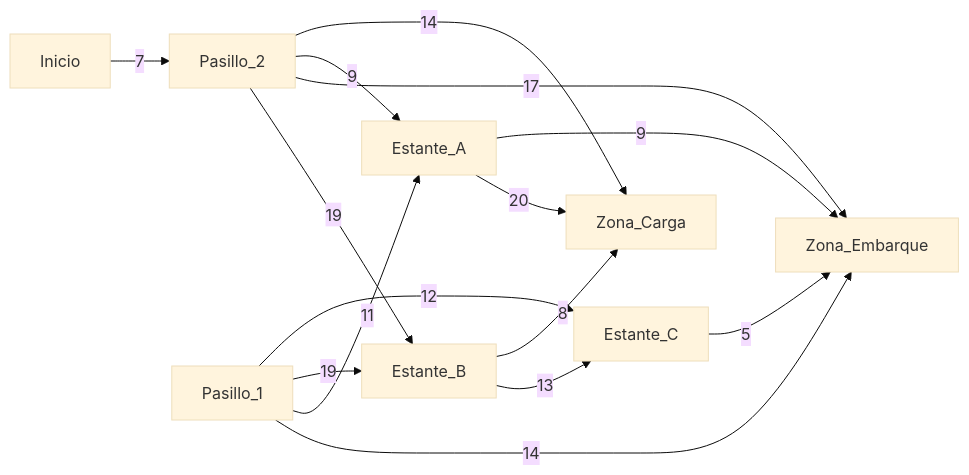
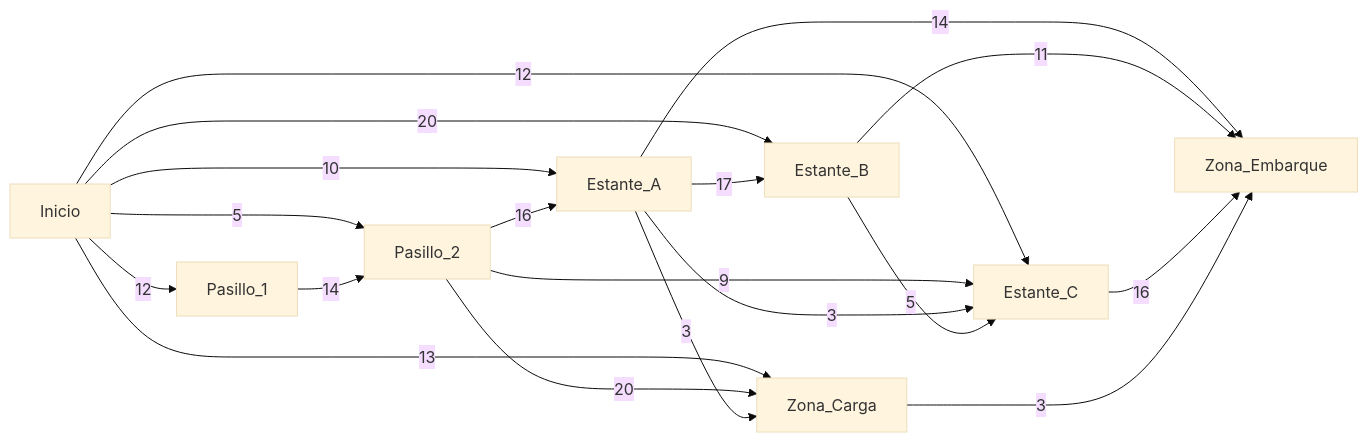
One commit to josemvelazquezf-N0v/-Learning-IA-Practices- changed the first of 2 diagrams in Practice #4/README.md. Above: the diagram before and after it, drawn with Mermaid (base theme). The commit also changed other lines of this file and 1 other file, not shown here.

Commit message:
Actualizado ./README.md

````diff
--- a/Practice #4/README.md
+++ b/Practice #4/README.md
@@ -4,17 +4,21 @@
 ```mermaid
 graph LR
-  Inicio -- 7 --> Pasillo_2
-  Pasillo_1 -- 14 --> Zona_Embarque
-  Pasillo_1 -- 11 --> Estante_A
-  Pasillo_1 -- 19 --> Estante_B
-  Pasillo_1 -- 12 --> Estante_C
-  Pasillo_2 -- 19 --> Estante_B
-  Pasillo_2 -- 17 --> Zona_Embarque
-  Pasillo_2 -- 9 --> Estante_A
-  Pasillo_2 -- 14 --> Zona_Carga
-  Estante_A -- 20 --> Zona_Carga
-  Estante_A -- 9 --> Zona_Embarque
-  Estante_B -- 13 --> Estante_C
-  Estante_B -- 8 --> Zona_Carga
-  Estante_C -- 5 --> Zona_Embarque
+  Inicio -- 10 --> Estante_A
+  Inicio -- 12 --> Pasillo_1
+  Inicio -- 5 --> Pasillo_2
+  Inicio -- 20 --> Estante_B
+  Inicio -- 12 --> Estante_C
+  Inicio -- 13 --> Zona_Carga
+  Pasillo_1 -- 14 --> Pasillo_2
+  Pasillo_2 -- 20 --> Zona_Carga
+  Pasillo_2 -- 16 --> Estante_A
+  Pasillo_2 -- 9 --> Estante_C
+  Estante_A -- 3 --> Estante_C
+  Estante_A -- 3 --> Zona_Carga
+  Estante_A -- 17 --> Estante_B
+  Estante_A -- 14 --> Zona_Embarque
+  Estante_B -- 5 --> Estante_C
+  Estante_B -- 11 --> Zona_Embarque
+  Estante_C -- 16 --> Zona_Embarque
+  Zona_Carga -- 3 --> Zona_Embarque
 ```
````
